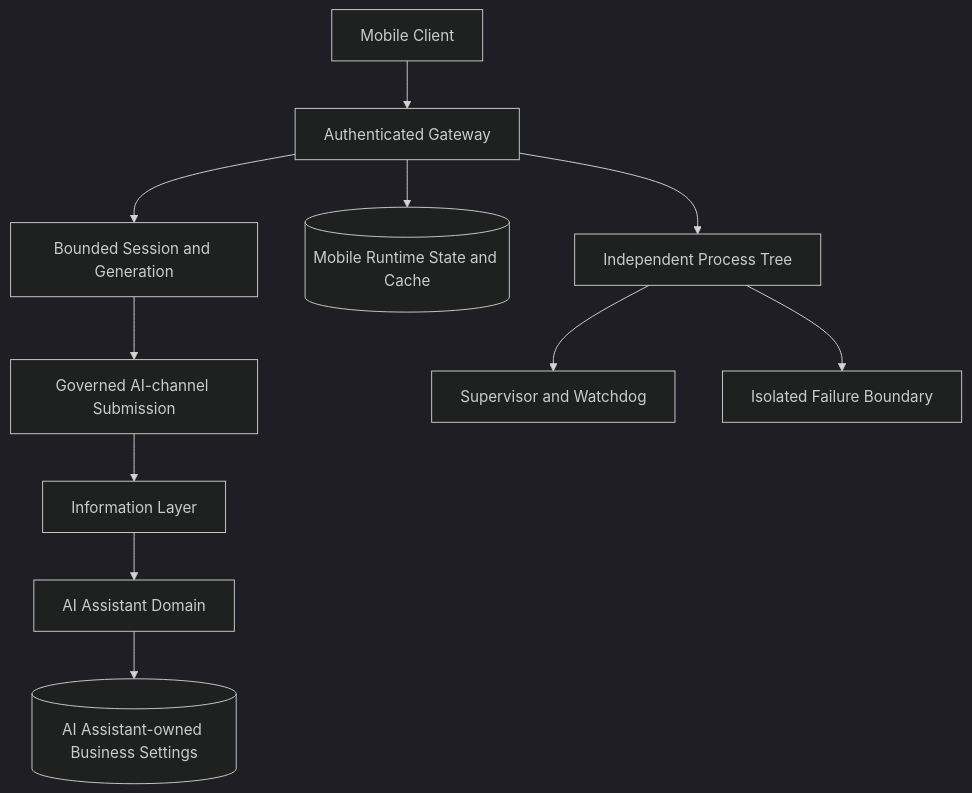
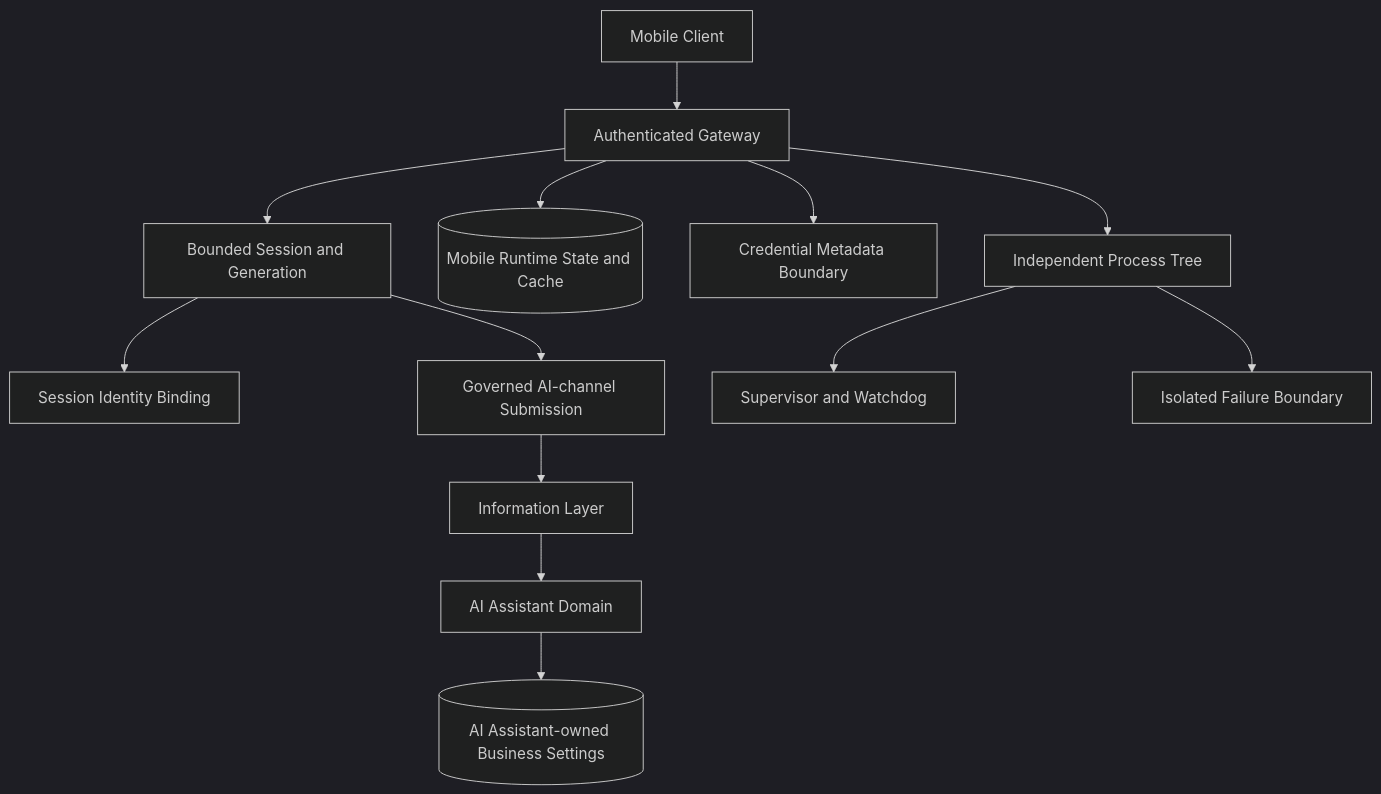
The diagram in governance_rule/codex/architecture-tool-investment-mobile.md (guilty442-source/GPTBridge), drawn with Mermaid (dark theme) before and after one commit. The commit also changed other lines of this file and 9 other files, not shown here.

Commit message:
Codex: complete all 12 architecture diagrams (git, local-model, model-dialogue, ai-assistant, ai-collaboration, file-sorter, investment-mobile, vaultly) + hash rebind; blueprint synced

````diff
--- a/governance_rule/codex/architecture-tool-investment-mobile.md
+++ b/governance_rule/codex/architecture-tool-investment-mobile.md
@@ -3,13 +3,15 @@
 ```mermaid
 flowchart TB
   CLIENT[Mobile Client] --> GATE[Authenticated Gateway]
   GATE --> SESSION[Bounded Session and Generation]
+  SESSION --> IDENT[Session Identity Binding]
   SESSION --> CHANNEL[Governed AI-channel Submission]
   CHANNEL --> INFO[Information Layer]
   INFO --> AI[AI Assistant Domain]
   GATE --> STATE[(Mobile Runtime State and Cache)]
   AI --> SETTINGS[(AI Assistant-owned Business Settings)]
+  GATE --> CRED[Credential Metadata Boundary]
   GATE --> PROC[Independent Process Tree]
   PROC --> SUP[Supervisor and Watchdog]
   PROC --> FAULT[Isolated Failure Boundary]
 ```
````
